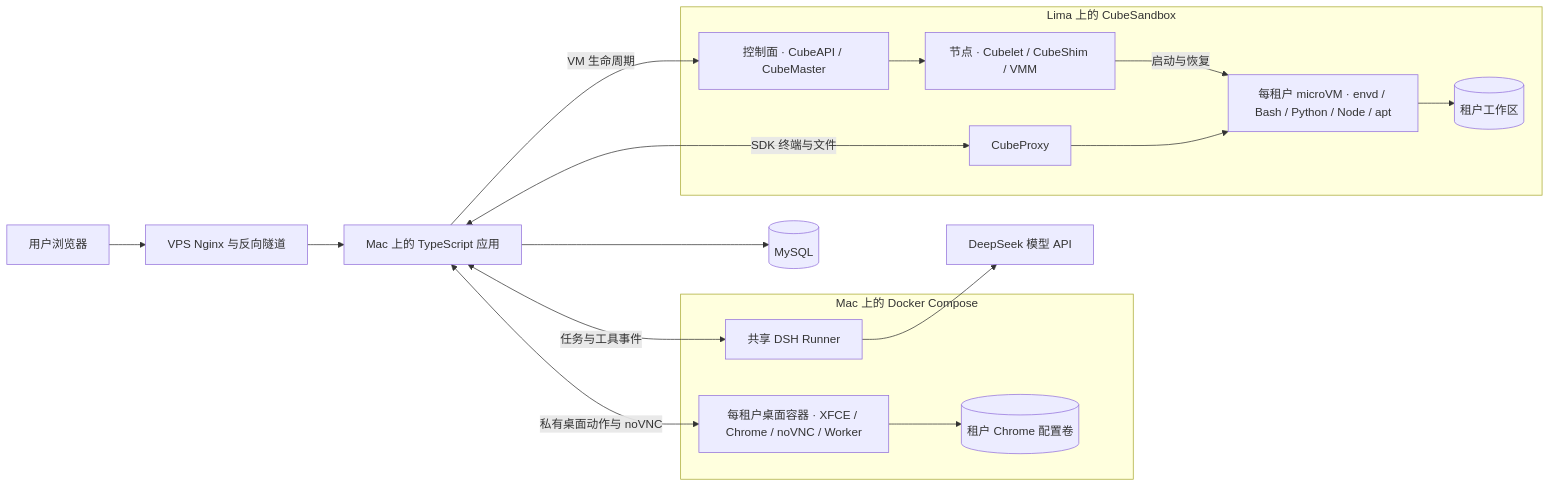
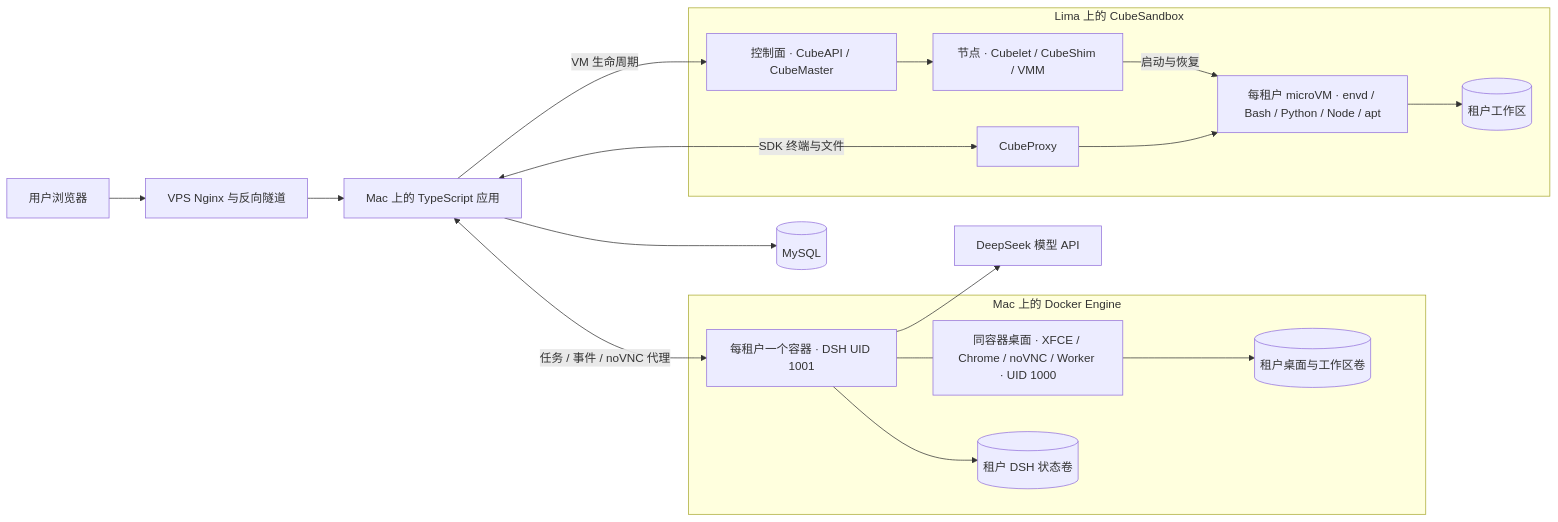
Before and after one commit to cokepoppy/coke-super-agent: the diagram in docs/dsh-docker-cube-remote-execution-study.md, drawn with Mermaid. The commit also changed other lines of this file and 17 other files, not shown here.

Commit message:
feat: run tenant DSH and desktop in Docker

````diff
--- a/docs/dsh-docker-cube-remote-execution-study.md
+++ b/docs/dsh-docker-cube-remote-execution-study.md
@@ -34,21 +36,22 @@
 ```mermaid
 flowchart LR
     U[用户浏览器] --> V[VPS Nginx 与反向隧道] --> A[Mac 上的 TypeScript 应用]
     A --> DB[(MySQL)]
-    subgraph DockerSide["Mac 上的 Docker Compose"]
-        D[共享 DSH Runner]
-        W["每租户桌面容器 · XFCE / Chrome / noVNC / Worker"]
-        W --> P[(租户 Chrome 配置卷)]
+    subgraph DockerSide["Mac 上的 Docker Engine"]
+        D["每租户一个容器 · DSH UID 1001"]
+        W["同容器桌面 · XFCE / Chrome / noVNC / Worker · UID 1000"]
+        D --- W
+        D --> P[(租户 DSH 状态卷)]
+        W --> Q[(租户桌面与工作区卷)]
     end
-    A <-->|任务与工具事件| D
+    A <-->|任务 / 事件 / noVNC 代理| D
     D --> L[DeepSeek 模型 API]
-    A <-->|私有桌面动作与 noVNC| W
     subgraph CubeNode["Lima 上的 CubeSandbox"]
         C["控制面 · CubeAPI / CubeMaster"] --> N["节点 · Cubelet / CubeShim / VMM"]
         N -->|启动与恢复| E["每租户 microVM · envd / Bash / Python / Node / apt"]
         X[CubeProxy] --> E
         E --> F[(租户工作区)]
     end
     A -->|VM 生命周期| C
     A <-->|SDK 终端与文件| X
 ```
````
